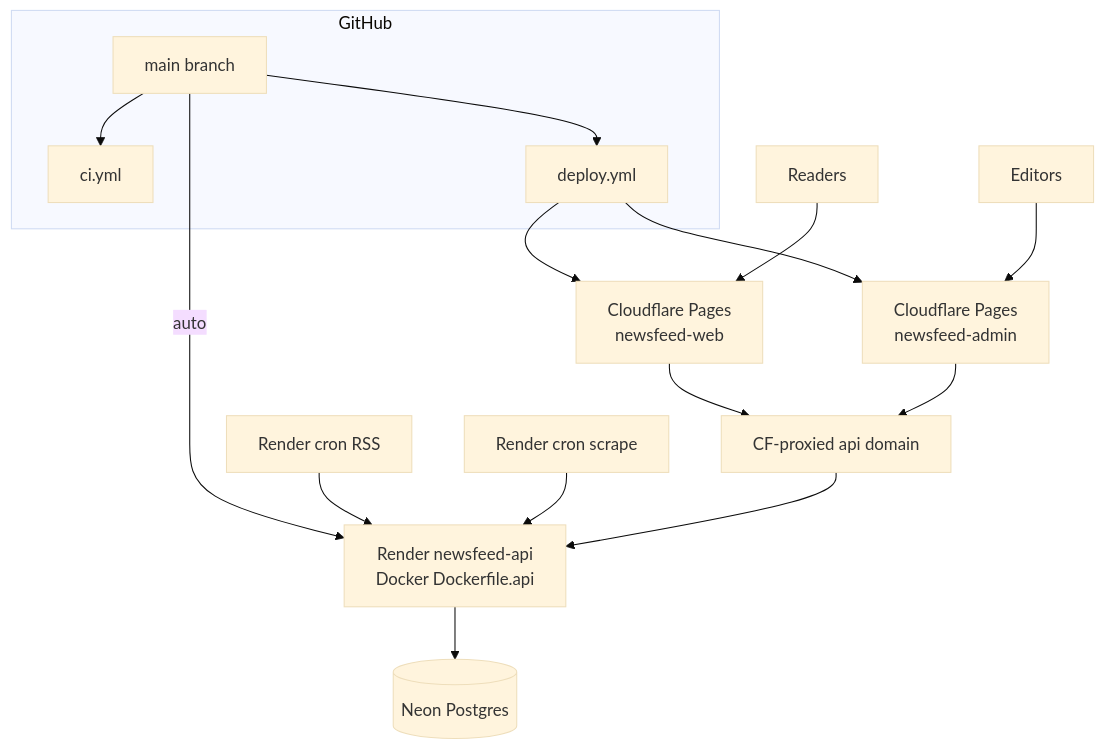
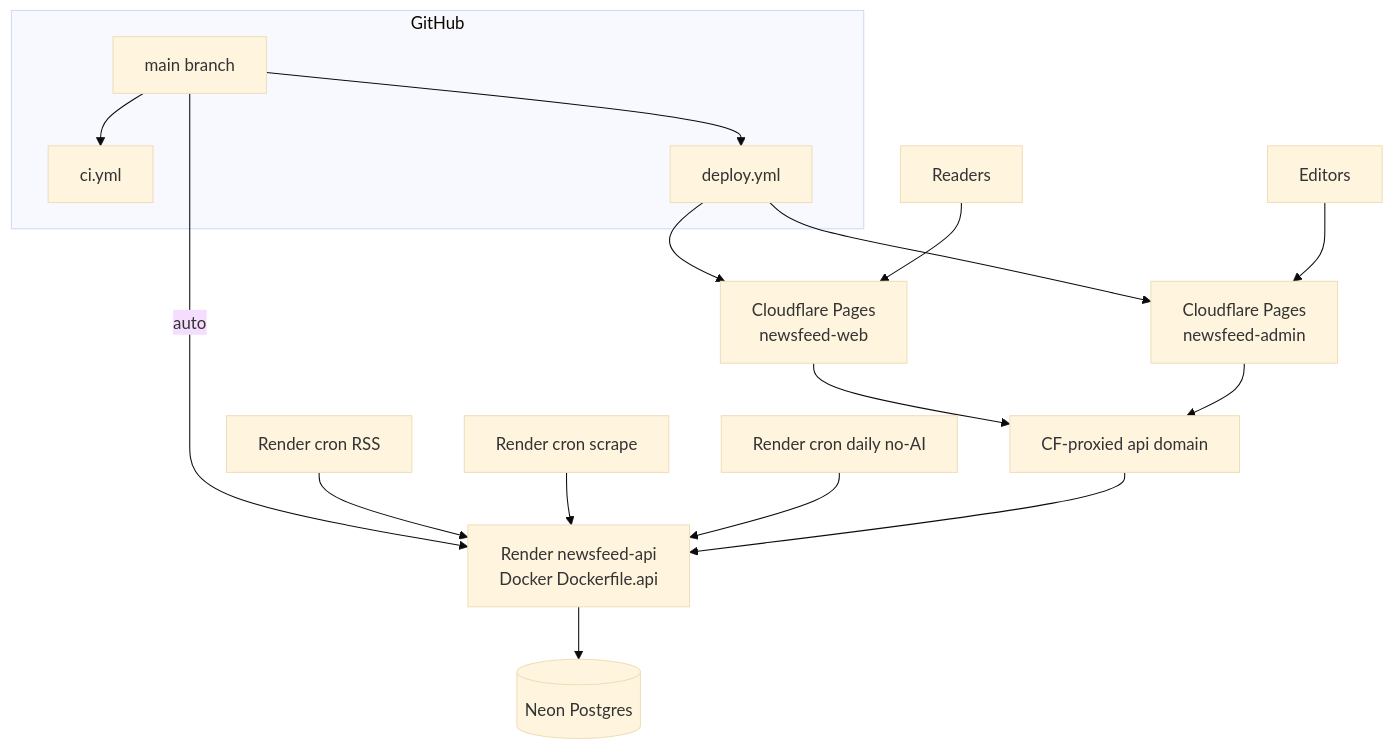
One commit to sshivanshg/TAZAkhabar changed the diagram in docs/architecture/08-hosting-and-ci.md. Above: the diagram before and after it, drawn with Mermaid (base theme). The commit also changed other lines of this file and 7 other files, not shown here.

Commit message:
feat: add daily no-ai ingest cron

````diff
--- a/docs/architecture/08-hosting-and-ci.md
+++ b/docs/architecture/08-hosting-and-ci.md
@@ -17,22 +17,23 @@
 ```mermaid
 flowchart TB
   subgraph gh [GitHub]
     Main[main branch]
     CI[ci.yml]
     Deploy[deploy.yml]
   end
 
   Main --> CI
   Main -->|auto| Render[Render newsfeed-api<br/>Docker Dockerfile.api]
   Main --> Deploy
   Deploy --> PagesWeb[Cloudflare Pages<br/>newsfeed-web]
   Deploy --> PagesAdmin[Cloudflare Pages<br/>newsfeed-admin]
   Render --> Neon[(Neon Postgres)]
   CronRSS[Render cron RSS] --> Render
   CronScrape[Render cron scrape] --> Render
+  CronDaily[Render cron daily no-AI] --> Render
   Readers[Readers] --> PagesWeb
   Editors[Editors] --> PagesAdmin
   PagesWeb --> CFAPI[CF-proxied api domain]
   PagesAdmin --> CFAPI
   CFAPI --> Render
 ```
````
